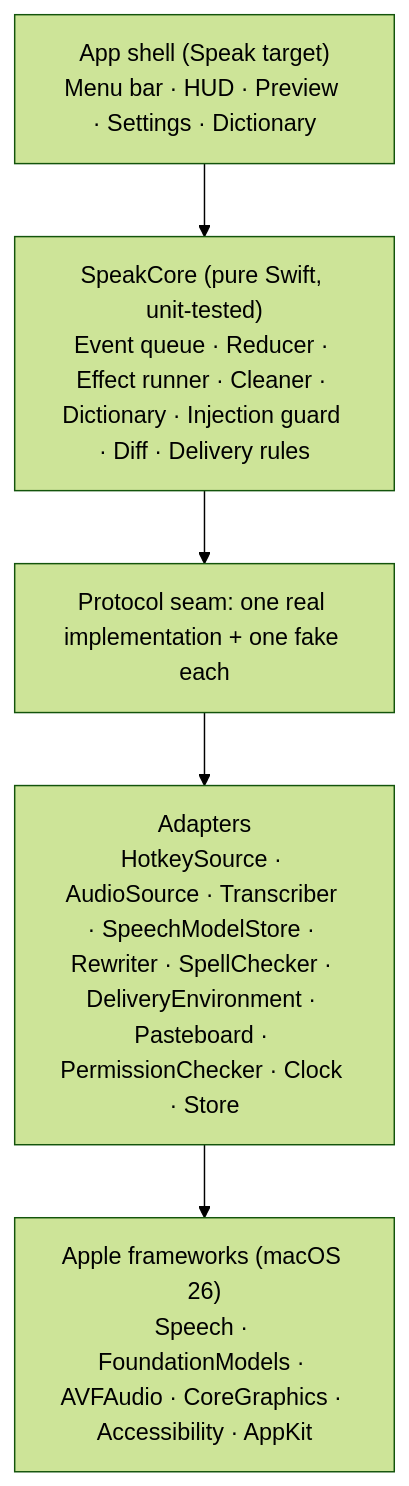
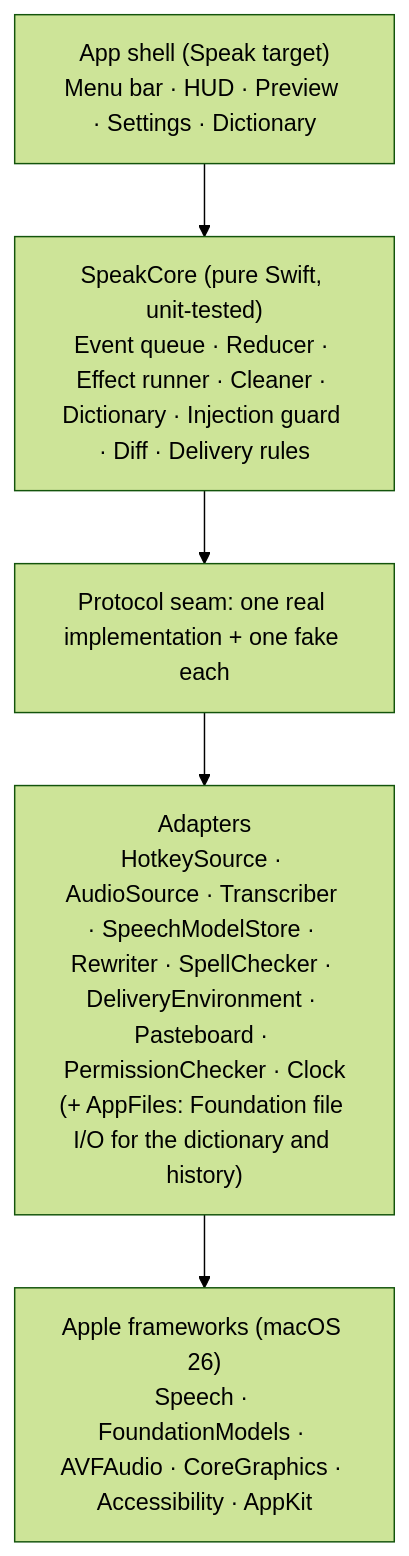
One commit to sbui056/speak changed the third of 3 diagrams in docs/architecture/v1.md. Above: the diagram before and after it, drawn with Mermaid (forest theme). The commit also changed other lines of this file and 1 other file, not shown here.

Commit message:
docs(architecture): bring v1 up to date with what was built

````diff
--- a/docs/architecture/v1.md
+++ b/docs/architecture/v1.md
@@ -76,9 +76,9 @@
 ```mermaid
 flowchart TB
   shell["App shell (Speak target)<br/>Menu bar · HUD · Preview · Settings · Dictionary"]
   core["SpeakCore (pure Swift, unit-tested)<br/>Event queue · Reducer · Effect runner · Cleaner · Dictionary · Injection guard · Diff · Delivery rules"]
   seam["Protocol seam: one real implementation + one fake each"]
-  adapters["Adapters<br/>HotkeySource · AudioSource · Transcriber · SpeechModelStore · Rewriter · SpellChecker · DeliveryEnvironment · Pasteboard · PermissionChecker · Clock · Store"]
+  adapters["Adapters<br/>HotkeySource · AudioSource · Transcriber · SpeechModelStore · Rewriter · SpellChecker · DeliveryEnvironment · Pasteboard · PermissionChecker · Clock<br/>(+ AppFiles: Foundation file I/O for the dictionary and history)"]
   apple["Apple frameworks (macOS 26)<br/>Speech · FoundationModels · AVFAudio · CoreGraphics · Accessibility · AppKit"]
   shell --> core --> seam --> adapters --> apple
 ```
````
